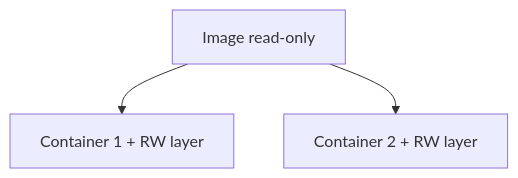
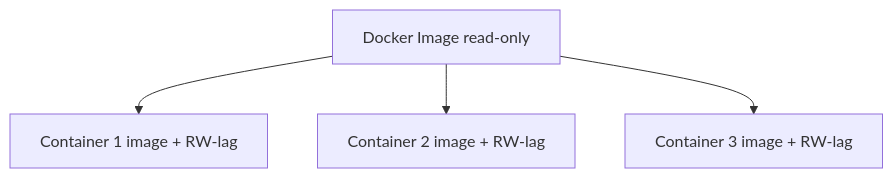
The third of 4 diagrams in docs/notes/day6-docker-dockerfile.md (Mercantec-GHC/deploy-or-die-anbo0005), drawn with Mermaid before and after one commit. The commit also changed other lines of this file and 14 other files, not shown here.

````diff
--- a/docs/notes/day6-docker-dockerfile.md
+++ b/docs/notes/day6-docker-dockerfile.md
@@ -99,5 +167,6 @@
 ```mermaid
 graph TD
-    I[Image read-only] --> C1[Container 1 + RW layer]
-    I --> C2[Container 2 + RW layer]
+    I[Docker Image read-only] --> C1[Container 1 image + RW-lag]
+    I --> C2[Container 2 image + RW-lag]
+    I --> C3[Container 3 image + RW-lag]
 ```
````
